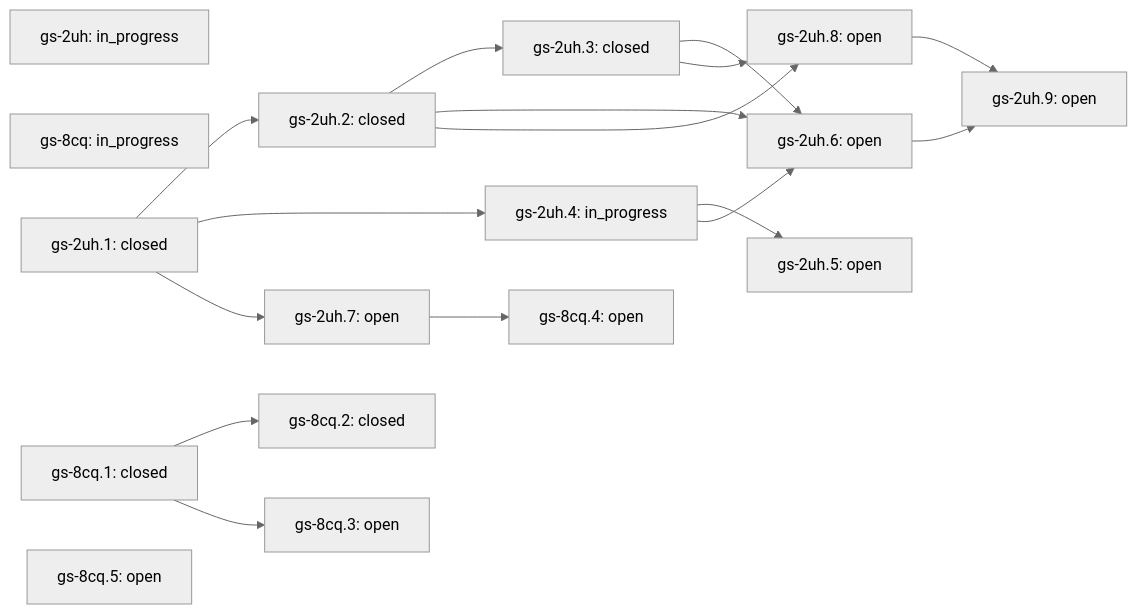
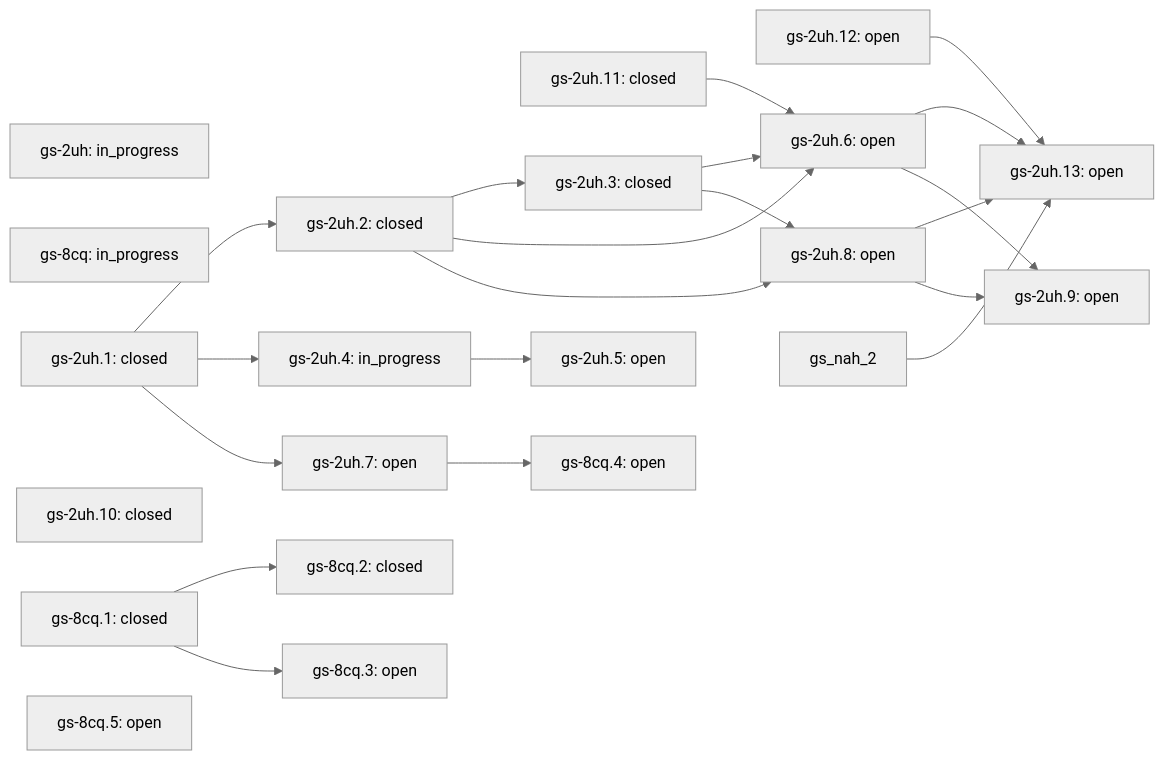
Before and after one commit to lifeofgurpreet/G-Skills: the diagram in docs/skills/vps-health/ROADMAP.md, drawn with Mermaid (neutral theme). The commit also changed other lines of this file and 21 other files, not shown here.

````diff
--- a/docs/skills/vps-health/ROADMAP.md
+++ b/docs/skills/vps-health/ROADMAP.md
@@ -26,34 +32,42 @@
 ```mermaid
 flowchart LR
   gs_2uh["gs-2uh: in_progress"]
   gs_8cq["gs-8cq: in_progress"]
   gs_2uh_1["gs-2uh.1: closed"]
+  gs_2uh_10["gs-2uh.10: closed"]
+  gs_2uh_11["gs-2uh.11: closed"]
+  gs_2uh_12["gs-2uh.12: open"]
+  gs_2uh_13["gs-2uh.13: open"]
+  gs_2uh_12 --> gs_2uh_13
+  gs_2uh_6 --> gs_2uh_13
+  gs_2uh_8 --> gs_2uh_13
+  gs_nah_2 --> gs_2uh_13
   gs_2uh_2["gs-2uh.2: closed"]
   gs_2uh_1 --> gs_2uh_2
   gs_2uh_3["gs-2uh.3: closed"]
   gs_2uh_2 --> gs_2uh_3
   gs_2uh_4["gs-2uh.4: in_progress"]
   gs_2uh_1 --> gs_2uh_4
   gs_2uh_5["gs-2uh.5: open"]
   gs_2uh_4 --> gs_2uh_5
   gs_2uh_6["gs-2uh.6: open"]
+  gs_2uh_11 --> gs_2uh_6
   gs_2uh_2 --> gs_2uh_6
   gs_2uh_3 --> gs_2uh_6
-  gs_2uh_4 --> gs_2uh_6
   gs_2uh_8["gs-2uh.8: open"]
   gs_2uh_2 --> gs_2uh_8
   gs_2uh_3 --> gs_2uh_8
   gs_8cq_1["gs-8cq.1: closed"]
   gs_8cq_2["gs-8cq.2: closed"]
   gs_8cq_1 --> gs_8cq_2
   gs_2uh_7["gs-2uh.7: open"]
   gs_2uh_1 --> gs_2uh_7
   gs_2uh_9["gs-2uh.9: open"]
   gs_2uh_6 --> gs_2uh_9
   gs_2uh_8 --> gs_2uh_9
   gs_8cq_3["gs-8cq.3: open"]
   gs_8cq_1 --> gs_8cq_3
   gs_8cq_4["gs-8cq.4: open"]
   gs_2uh_7 --> gs_8cq_4
   gs_8cq_5["gs-8cq.5: open"]
 ```
````
